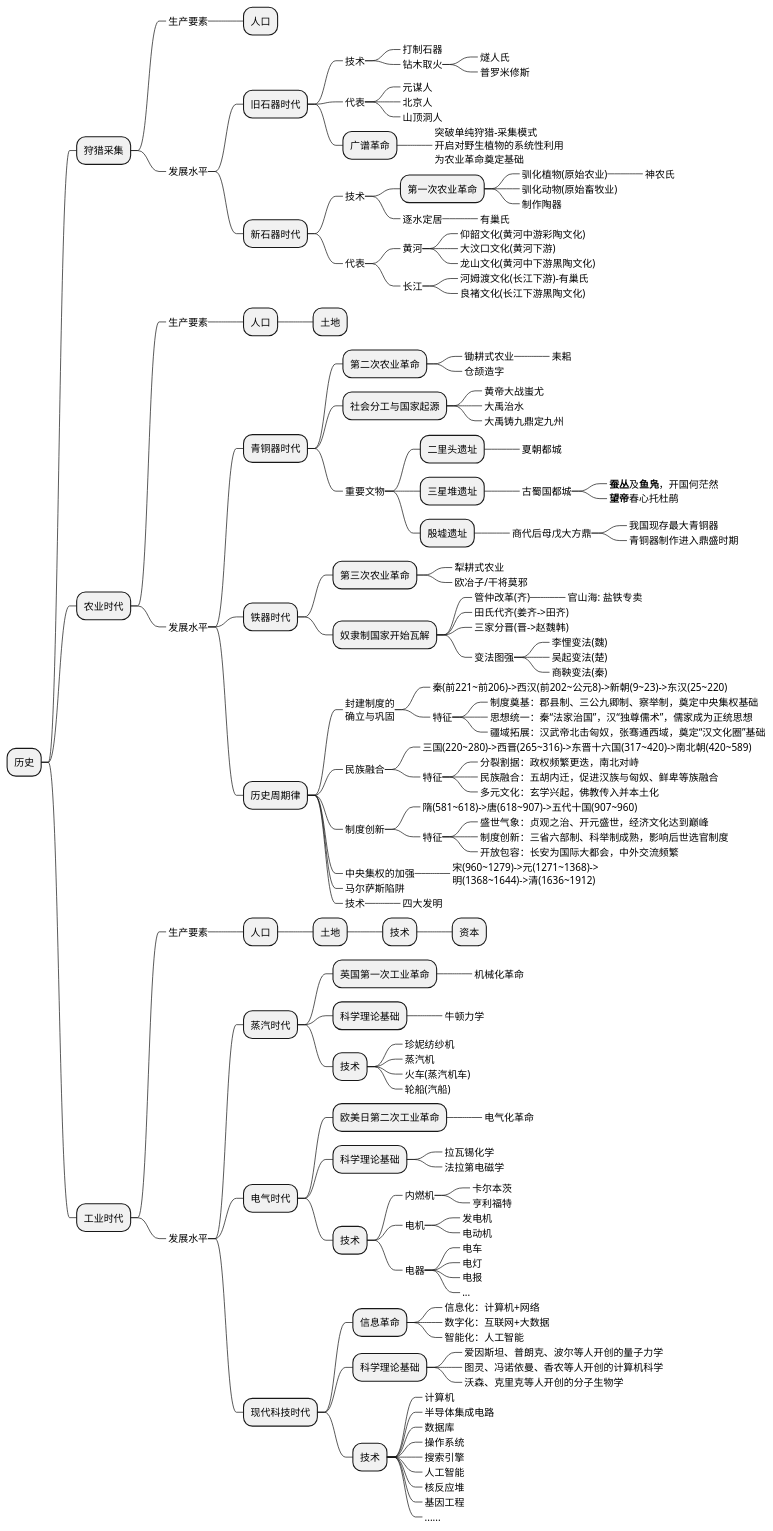
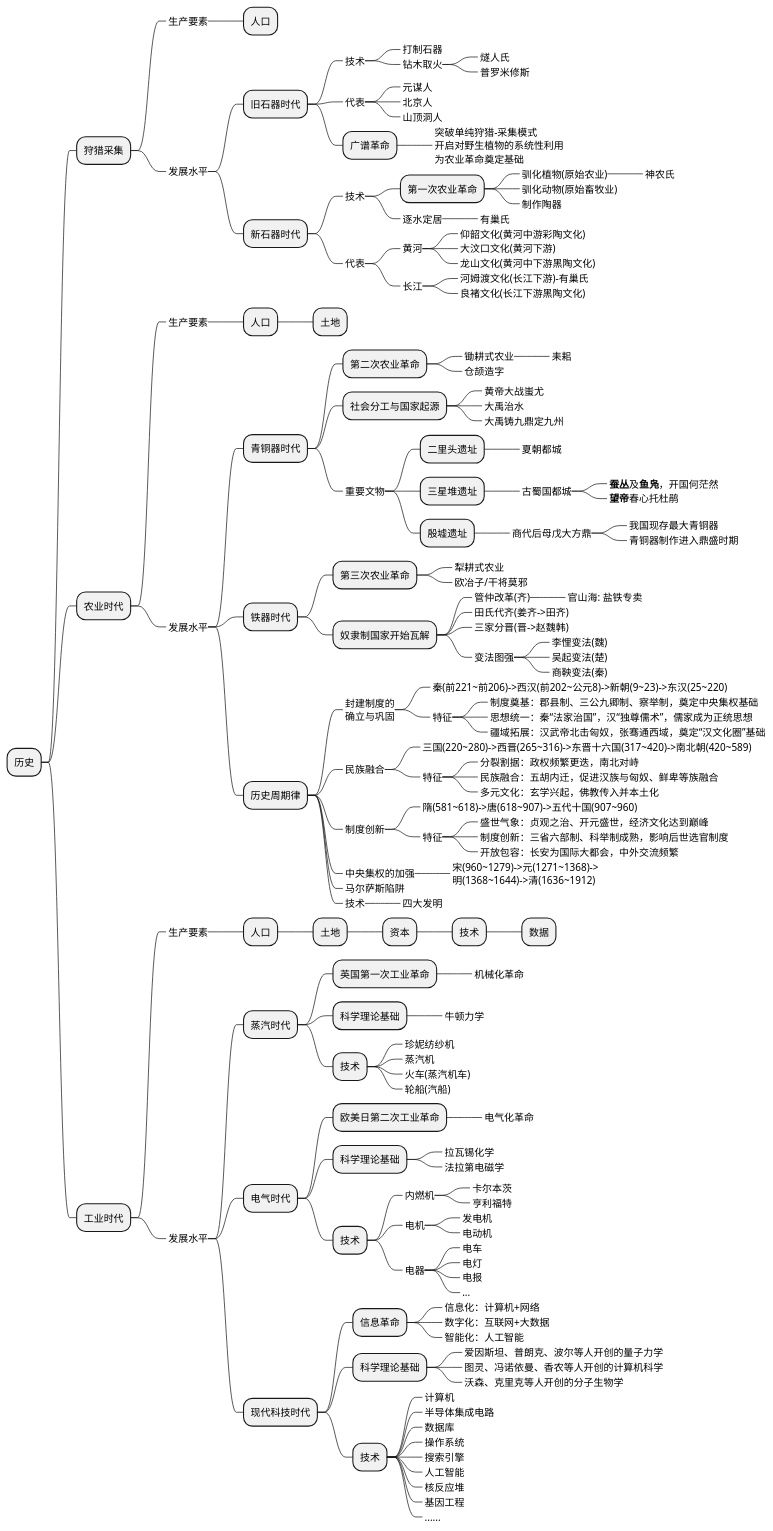
The first of 2 diagrams in source/_posts/economic/economic_and_history.md (holmofy/blog.hufeifei.cn), drawn with PlantUML before and after one commit.

```diff
--- a/source/_posts/economic/economic_and_history.md
+++ b/source/_posts/economic/economic_and_history.md
@@ -117,8 +117,9 @@
 +++_ 生产要素
 ++++ 人口
 +++++ 土地
-++++++ 技术
-+++++++ 资本
+++++++ 资本
++++++++ 技术
+++++++++ 数据
 +++_ 发展水平
 ++++ 蒸汽时代
 +++++ 英国第一次工业革命
```
